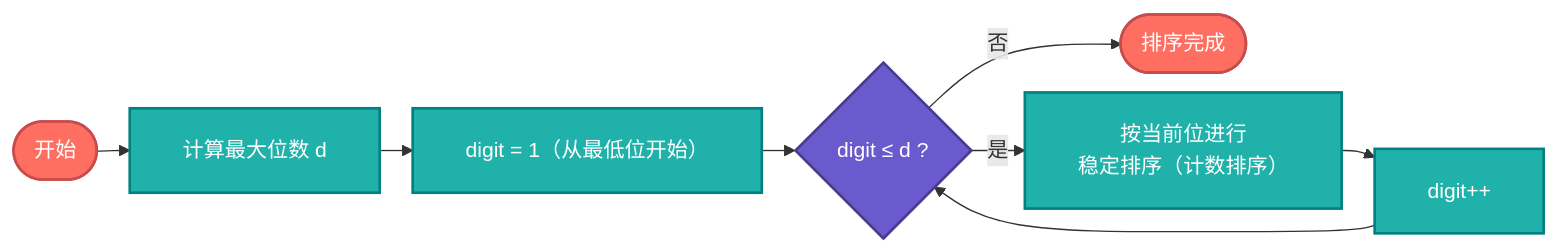
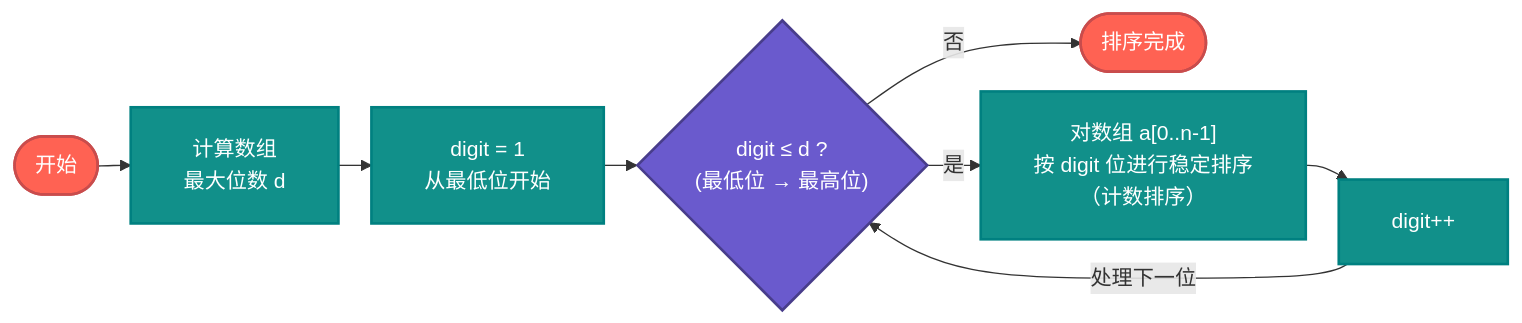
Diagram 11 of 15 in sorting/AI-Era-Top-10-Sorting-Algorithms.md (microwind/algorithms), drawn with Mermaid before and after one commit. The commit also changed other lines of this file and 2 other files, not shown here.

````diff
--- a/sorting/AI-Era-Top-10-Sorting-Algorithms.md
+++ b/sorting/AI-Era-Top-10-Sorting-Algorithms.md
@@ -687,19 +707,21 @@
 ```mermaid
 %%{init: {'flowchart': {'nodeSpacing': 15, 'rankSpacing': 25, 'padding': 20}}}%%
 graph LR
-    S(["开始"]) --> MAXD["计算最大位数 d"]
-    MAXD --> DINIT["digit = 1（从最低位开始）"]
-    DINIT --> DCHK{"digit ≤ d ?"}
+    S(["开始"]) --> MAXD["计算数组<br>最大位数 d"]
+    MAXD --> DINIT["digit = 1\n从最低位开始"]
+    DINIT --> DCHK{"digit ≤ d ? <br>(最低位 → 最高位)"}
     DCHK -->|"否"| END(["排序完成"])
-    DCHK -->|"是"| STABLE["按当前位进行\n稳定排序（计数排序）"]
+    DCHK -->|"是"| STABLE["对数组 a[0..n-1]\n按 digit 位进行稳定排序\n（计数排序）"]
     STABLE --> NEXT["digit++"]
-    NEXT --> DCHK
+    NEXT --> |"处理下一位"| DCHK
 
-    classDef start fill:#ff6f61,color:#fff,stroke:#c94c4c,stroke-width:2px
+    %% 节点样式
+    classDef start fill:#FF6253,color:#fff,stroke:#c94c4c,stroke-width:2px
     classDef decision fill:#6a5acd,color:#fff,stroke:#483d8b,stroke-width:2px
-    classDef process fill:#20b2aa,color:#fff,stroke:#008080,stroke-width:2px
+    classDef process fill:#11908A,color:#fff,stroke:#008080,stroke-width:2px
 
+    %% 应用样式
     class S,END start
     class DCHK decision
     class MAXD,DINIT,STABLE,NEXT process
 ```
````
